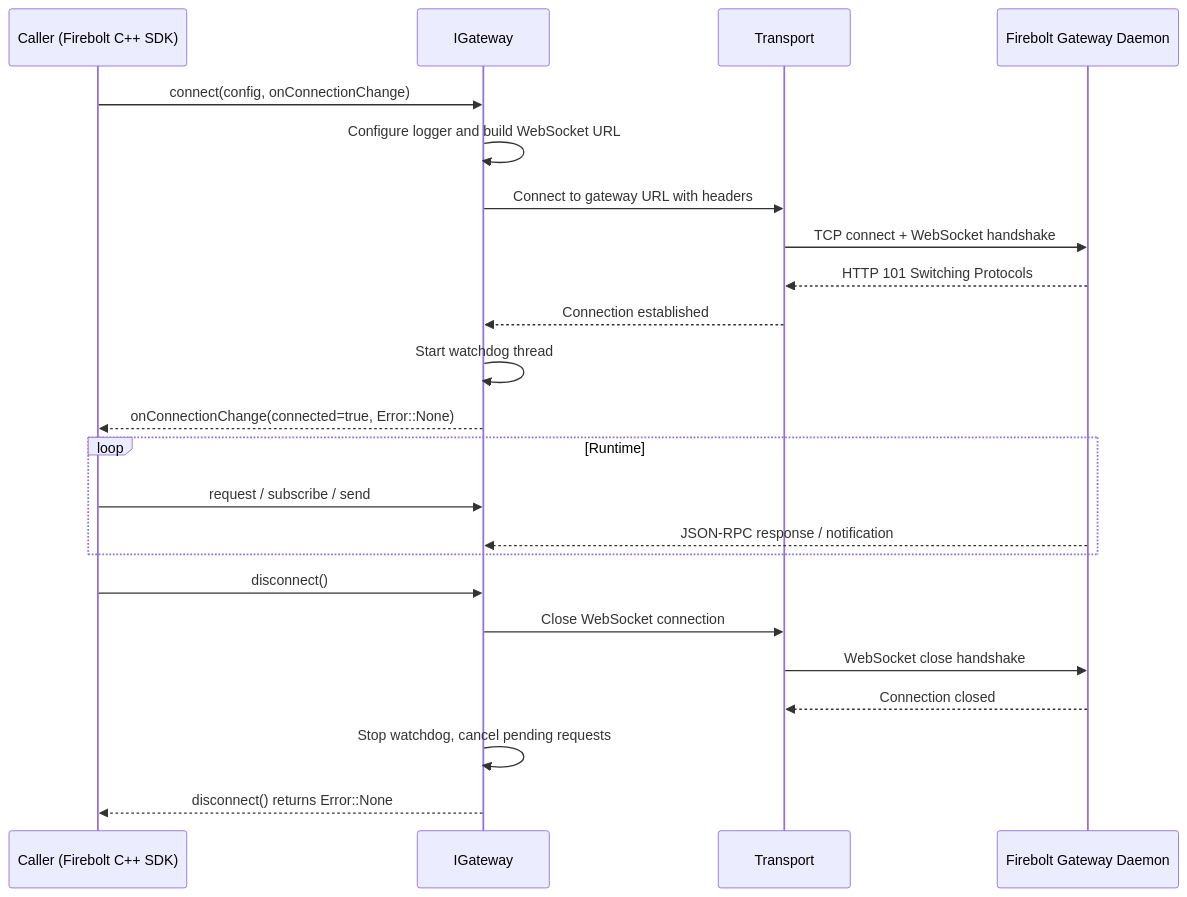
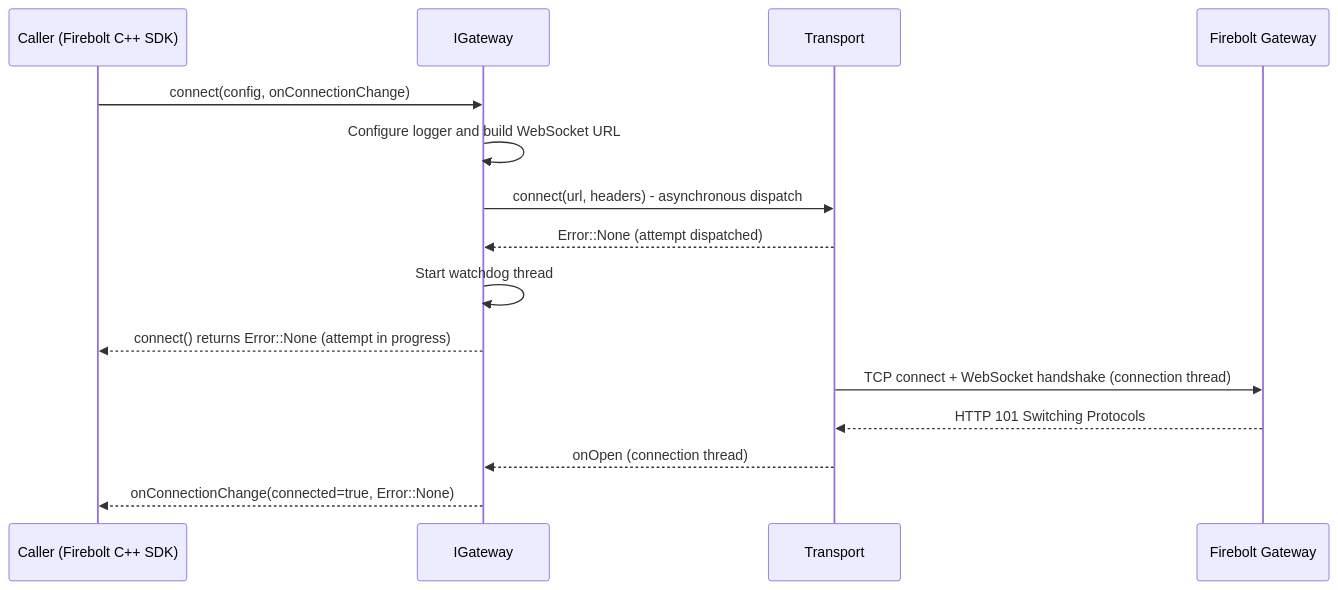
One commit to rdkcentral/firebolt-cpp-transport changed the third of 7 diagrams in docs/README.md. Above: the diagram before and after it, drawn with Mermaid. The commit also changed other lines of this file, not shown here.

````diff
--- a/docs/README.md
+++ b/docs/README.md
@@ -123,28 +123,18 @@
 ```mermaid
 sequenceDiagram
     participant Caller as Caller (Firebolt C++ SDK)
     participant IGW as IGateway
     participant TP as Transport
-    participant FGW as Firebolt Gateway Daemon
+    participant FGW as Firebolt Gateway
 
     Caller->>IGW: connect(config, onConnectionChange)
     IGW->>IGW: Configure logger and build WebSocket URL
-    IGW->>TP: Connect to gateway URL with headers
-    TP->>FGW: TCP connect + WebSocket handshake
+    IGW->>TP: connect(url, headers) - asynchronous dispatch
+    TP-->>IGW: Error::None (attempt dispatched)
+    IGW->>IGW: Start watchdog thread
+    IGW-->>Caller: connect() returns Error::None (attempt in progress)
+    TP->>FGW: TCP connect + WebSocket handshake (connection thread)
     FGW-->>TP: HTTP 101 Switching Protocols
-    TP-->>IGW: Connection established
-    IGW->>IGW: Start watchdog thread
+    TP-->>IGW: onOpen (connection thread)
     IGW-->>Caller: onConnectionChange(connected=true, Error::None)
-
-    loop Runtime
-        Caller->>IGW: request / subscribe / send
-        FGW-->>IGW: JSON-RPC response / notification
-    end
-
-    Caller->>IGW: disconnect()
-    IGW->>TP: Close WebSocket connection
-    TP->>FGW: WebSocket close handshake
-    FGW-->>TP: Connection closed
-    IGW->>IGW: Stop watchdog, cancel pending requests
-    IGW-->>Caller: disconnect() returns Error::None
 ```
````
